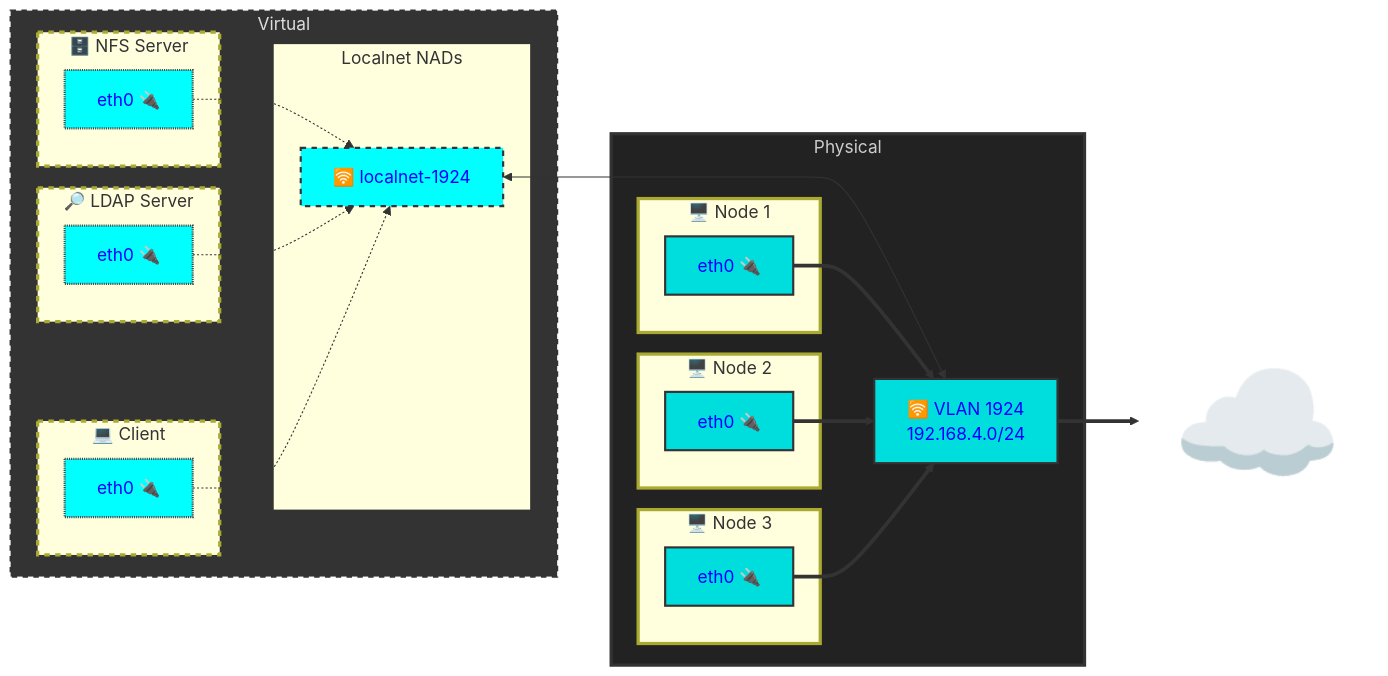
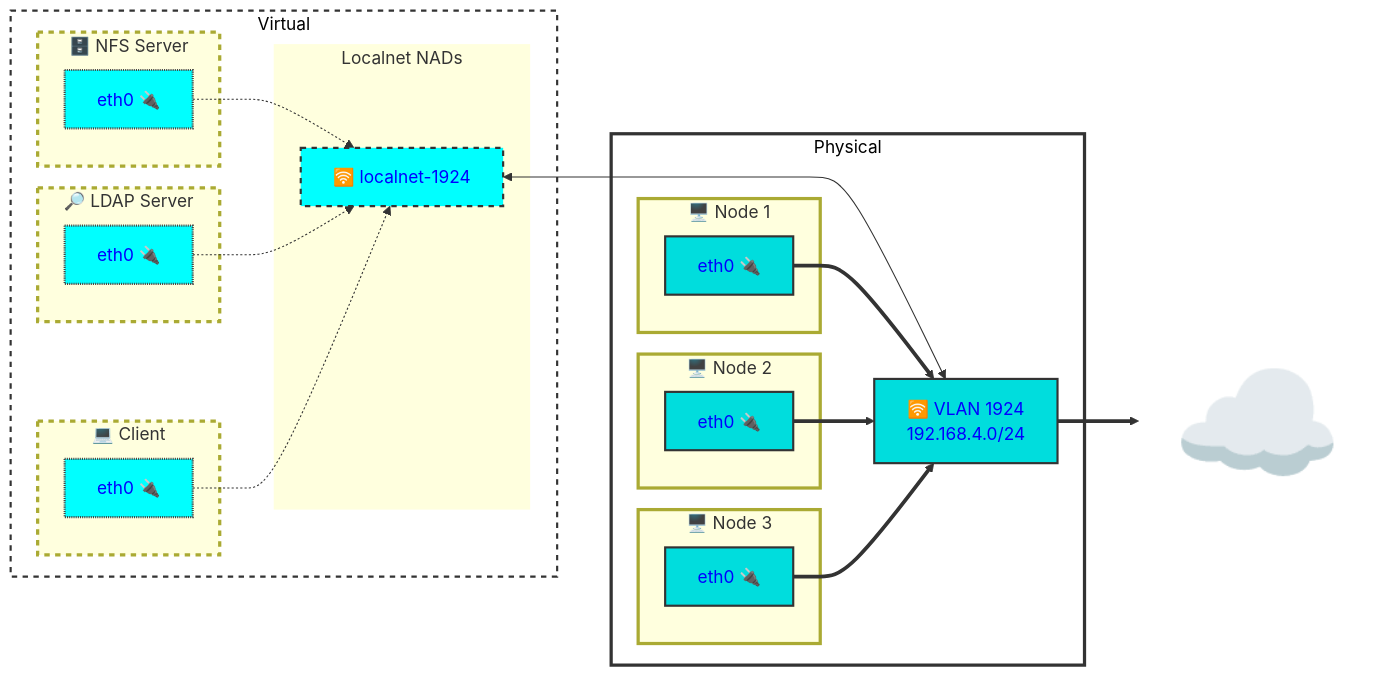
The second of 2 diagrams in networking/readme.md (dlbewley/demo-autofs), drawn with Mermaid before and after one commit. The commit also changed other lines of this file, not shown here.

````diff
--- a/networking/readme.md
+++ b/networking/readme.md
@@ -103,65 +111,65 @@
 ```mermaid
 graph LR;
     Internet["☁️ "]:::Internet
     vlan-1924[🛜 VLAN 1924<br>192.168.4.0/24<br>]:::vlan-1924;
     vlan-1924 ==> Internet
     nad-1924 <---> vlan-1924
 
     subgraph Physical["Physical"]
       subgraph node1["🖥️ Node 1"]
         node1-eth0[eth0 🔌]:::node-eth;
       end
       subgraph node2["🖥️ Node 2"]
         node2-eth0[eth0 🔌]:::node-eth;
       end
       subgraph node3["🖥️ Node 3"]
         node3-eth0[eth0 🔌]:::node-eth;
       end
 
       node1-eth0 ==> vlan-1924
       node2-eth0 ==> vlan-1924;
       node3-eth0 ==> vlan-1924;
     end
 
     subgraph Virtual["Virtual"]
       subgraph Localnets["Localnet NADs"]
           nad-1924[🛜 localnet-1924]:::nad-1924;
       end
 
       subgraph NFS-Server["🗄️ NFS Server"]
           server-1-eth0[eth0 🔌]:::vm-eth;
       end
 
       subgraph LDAP-Server["🔎 LDAP Server"]
           server-2-eth0[eth0 🔌]:::vm-eth;
       end
 
       subgraph Client["💻 Client"]
           server-3-eth0[eth0 🔌]:::vm-eth;
       end
     end
 
     server-1-eth0 -.-> nad-1924
     server-2-eth0 -.-> nad-1924
     server-3-eth0 -.-> nad-1924
 
     classDef node-eth fill:#00dddd,color:#00f,stroke:#333,stroke-width:2px;
     classDef vm-eth fill:#00ffff,color:#00f,stroke:#444,stroke-width:2px,stroke-dasharray: 1 1;
 
     classDef vlan-1924 fill:#00dddd,color:#00f,stroke:#333,stroke-width:2px;
     classDef nad-1924 fill:#00ffff,color:#00f,stroke:#333,stroke-width:2px,stroke-dasharray: 5 5;
 
     classDef networks fill:#cdd,stroke-width:0px
 
     style Localnets stroke-width:0px;
-    style Physical color:#ccc,fill:#222,stroke:#333,stroke-width:3px
-    style Virtual color:#ddd,fill:#333,stroke:#333,stroke-width:2px,stroke-dasharray: 5 5;
+    style Physical color:#000,fill:#fff,stroke:#333,stroke-width:3px;
+    style Virtual color:#000,fill:#fff,stroke:#333,stroke-width:2px,stroke-dasharray: 5 5;
     style Internet fill:none,stroke-width:0px,font-size:+2em;
 
     classDef servers stroke-width:3px,stroke-dasharray: 5 5;
     class NFS-Server,LDAP-Server,Client servers
 
     classDef nodes stroke-width:3px
     class node1,node2,node3 nodes
 
 ```
````
